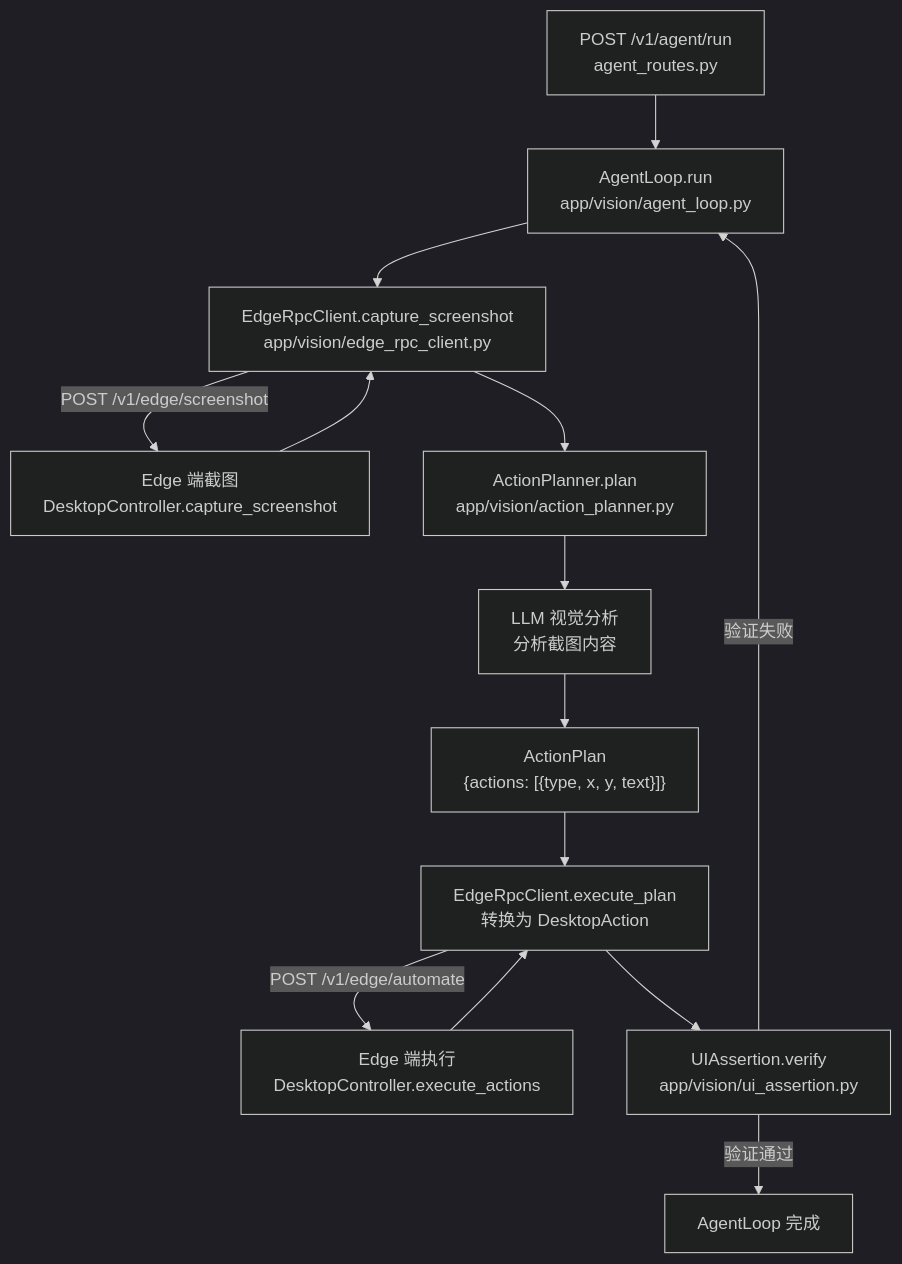
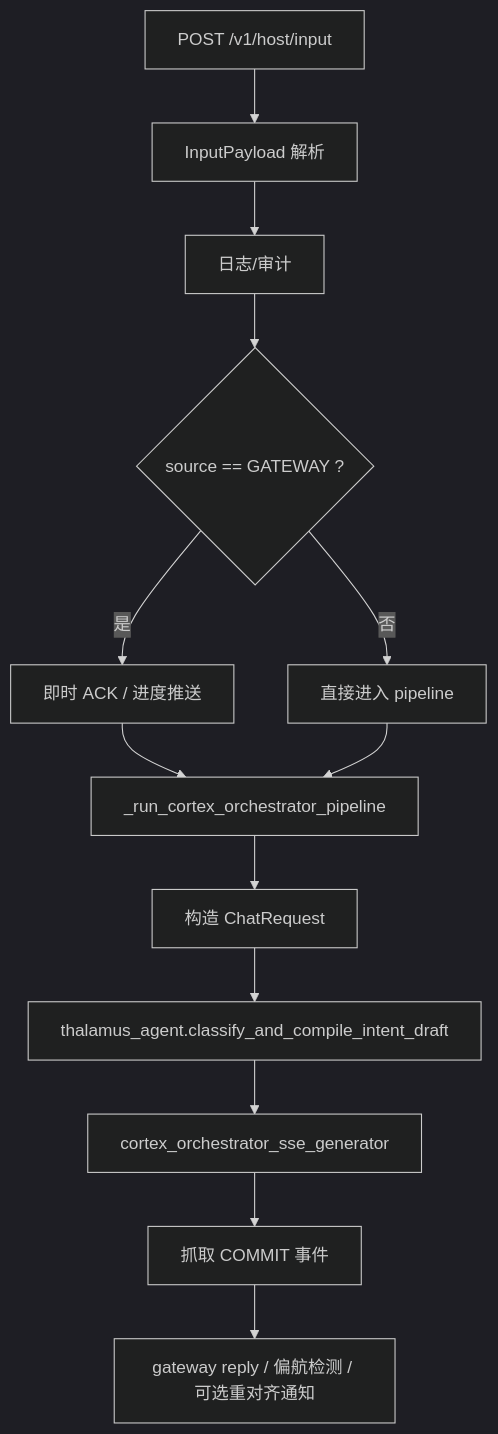
Before and after one commit to SakuraYoruno/Natsume_Ai: the second of 2 diagrams in docs/50_project/arch/dataflow_report.md, drawn with Mermaid (dark theme). The commit also changed other lines of this file and 75 other files, not shown here.

Commit message:
docs: refresh architecture references and release notes

````diff
--- a/docs/50_project/arch/dataflow_report.md
+++ b/docs/50_project/arch/dataflow_report.md
@@ -774,20 +225,15 @@
 ```mermaid
 flowchart TD
-    A["POST /v1/agent/run\nagent_routes.py"] --> B["AgentLoop.run\napp/vision/agent_loop.py"]
-
-    B --> C["EdgeRpcClient.capture_screenshot\napp/vision/edge_rpc_client.py"]
-    C -->|"POST /v1/edge/screenshot"| D["Edge 端截图\nDesktopController.capture_screenshot"]
-    D --> C
-
-    C --> E["ActionPlanner.plan\napp/vision/action_planner.py"]
-    E --> F["LLM 视觉分析\n分析截图内容"]
-    F --> G["ActionPlan\n{actions: [{type, x, y, text}]}"]
-
-    G --> H["EdgeRpcClient.execute_plan\n转换为 DesktopAction"]
-    H -->|"POST /v1/edge/automate"| I["Edge 端执行\nDesktopController.execute_actions"]
-    I --> H
-
-    H --> J["UIAssertion.verify\napp/vision/ui_assertion.py"]
-    J -->|"验证失败"| B
-    J -->|"验证通过"| K["AgentLoop 完成"]
+    A["POST /v1/host/input"] --> B["InputPayload 解析"]
+    B --> C["日志/审计"]
+    C --> D{"source == GATEWAY ?"}
+    D -->|是| E["即时 ACK / 进度推送"]
+    D -->|否| F["直接进入 pipeline"]
+    E --> G["_run_cortex_orchestrator_pipeline"]
+    F --> G
+    G --> H["构造 ChatRequest"]
+    H --> I["thalamus_agent.classify_and_compile_intent_draft"]
+    I --> J["cortex_orchestrator_sse_generator"]
+    J --> K["抓取 COMMIT 事件"]
+    K --> L["gateway reply / 偏航检测 / 可选重对齐通知"]
 ```
````
